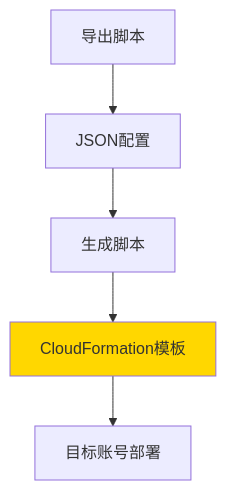
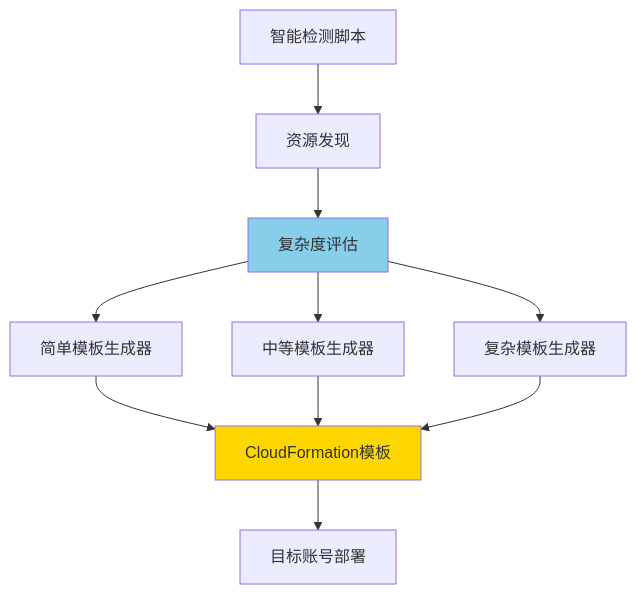
Before and after one commit to liangyimingcom/AWS-Glue-workflow-automation-deployment-solution: the second of 5 diagrams in README.md, drawn with Mermaid. The commit also changed other lines of this file and 11 other files, not shown here.

````diff
--- a/README.md
+++ b/README.md
@@ -95,9 +122,15 @@
 ```mermaid
 graph TB
-    A[导出脚本] --> B[JSON配置]
-    B --> C[生成脚本]
-    C --> D[CloudFormation模板]
-    D --> E[目标账号部署]
+    A[智能检测脚本] --> B[资源发现]
+    B --> C[复杂度评估]
+    C --> D1[简单模板生成器]
+    C --> D2[中等模板生成器]
+    C --> D3[复杂模板生成器]
+    D1 --> E[CloudFormation模板]
+    D2 --> E
+    D3 --> E
+    E --> F[目标账号部署]
     
-    style D fill:#FFD700
+    style C fill:#87CEEB
+    style E fill:#FFD700
 ```
````
